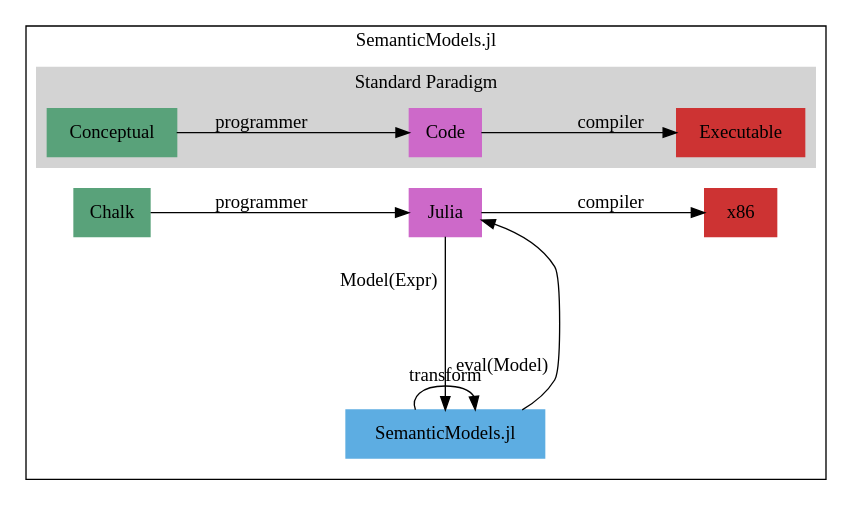
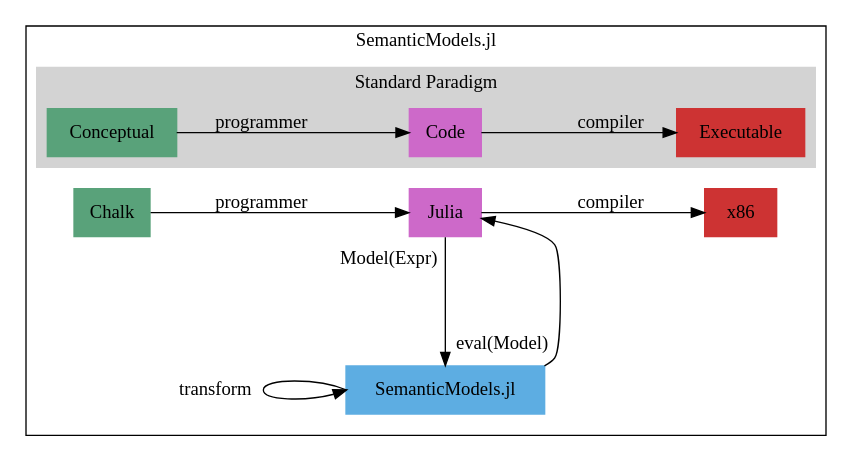
Before and after one commit to jpfairbanks/SemanticModels.jl: the diagram in doc/src/img/layers.dot, drawn with Graphviz. The commit also changed 268 other files, not shown here.

```diff
--- a/doc/src/img/layers.dot
+++ b/doc/src/img/layers.dot
@@ -1,43 +1,43 @@
 digraph G {
   node[shape=rectangle]
   rankdir=LR
   subgraph cluster_naught {
 
 	subgraph cluster_0 {
 		node [style=filled,color=white];
 		style=filled;
 		d0 -> d2 [label="programmer"]
 		d2 -> d3 [label="compiler"];
 		d0[label="Conceptual",color="#59a27a"]
 		//b1[label="???",color="#5DADE2"]
 		d2[label="Code", color=orchid3]
 		d3[label="Executable",color=brown3]
 		label = "";
 		color=lightgrey;
     label="Standard Paradigm"
   }
-	
-	
+
+
 	subgraph cluster_2 {
 		node [style=filled, color=white];
 		c0 -> c2 [label=programmer]
 		c2 -> c1 [label="Model(Expr)\n\n\n\n\n"]
 		c1 -> c2 [label="\n\n\n\neval(Model)"]
-		c1:left->c1:left[label="transform"]
+		c1:w->c1:w[label="transform"]
 		c2 -> c3 [label="compiler"]
 		{rank = same  c2, c1};
 		c0[label="Chalk",color="#59a27a"]
 		c1[label="SemanticModels.jl",color="#5DADE2"]
 		c2[label="Julia", color=orchid3]
 		c3[label="x86",color=brown3]
 		label = "";
 		style=filled;
 		color=white;
-		
+
 	}
-  
 
-  label = "SemanticModels.jl"	
+
+  label = "SemanticModels.jl"
 }
 
 }
```
